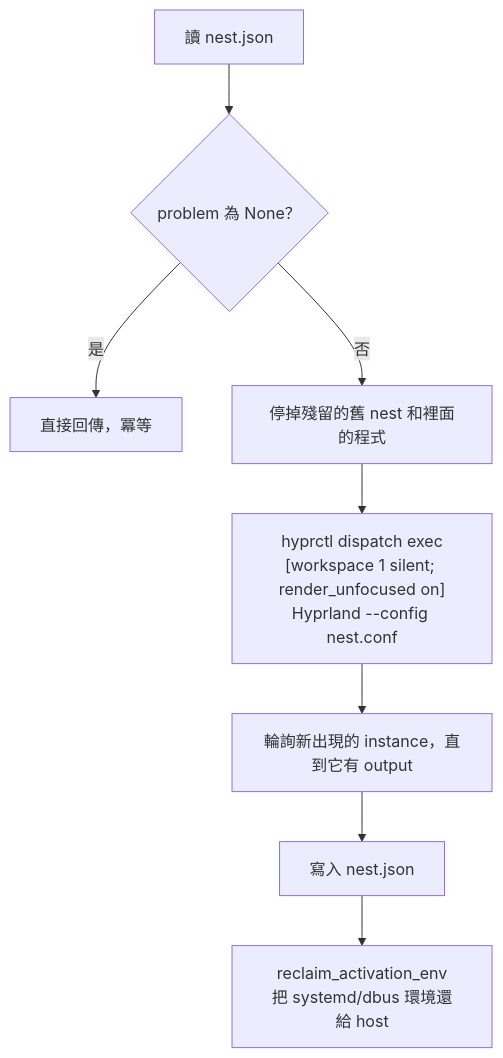
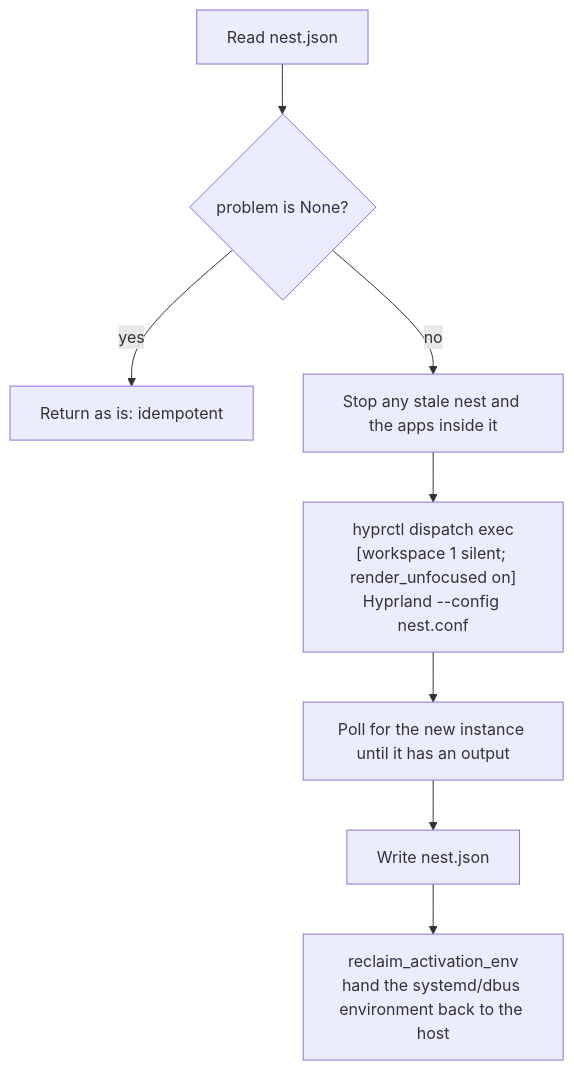
Before and after one commit to jason9075/hypr-computer-use-mcp: the diagram in docs/nest.md, drawn with Mermaid. The commit also changed other lines of this file and 6 other files, not shown here.

````diff
--- a/docs/nest.md
+++ b/docs/nest.md
@@ -73,10 +81,10 @@
 ```mermaid
 flowchart TD
-  A[讀 nest.json] --> B{problem 為 None？}
-  B -- 是 --> Z[直接回傳，冪等]
-  B -- 否 --> C[停掉殘留的舊 nest 和裡面的程式]
+  A[Read nest.json] --> B{problem is None?}
+  B -- yes --> Z[Return as is: idempotent]
+  B -- no --> C[Stop any stale nest and the apps inside it]
   C --> F["hyprctl dispatch exec<br/>[workspace 1 silent; render_unfocused on]<br/>Hyprland --config nest.conf"]
-  F --> G[輪詢新出現的 instance，直到它有 output]
-  G --> H[寫入 nest.json]
-  H --> I[reclaim_activation_env<br/>把 systemd/dbus 環境還給 host]
+  F --> G[Poll for the new instance until it has an output]
+  G --> H[Write nest.json]
+  H --> I[reclaim_activation_env<br/>hand the systemd/dbus environment back to the host]
 ```
````
